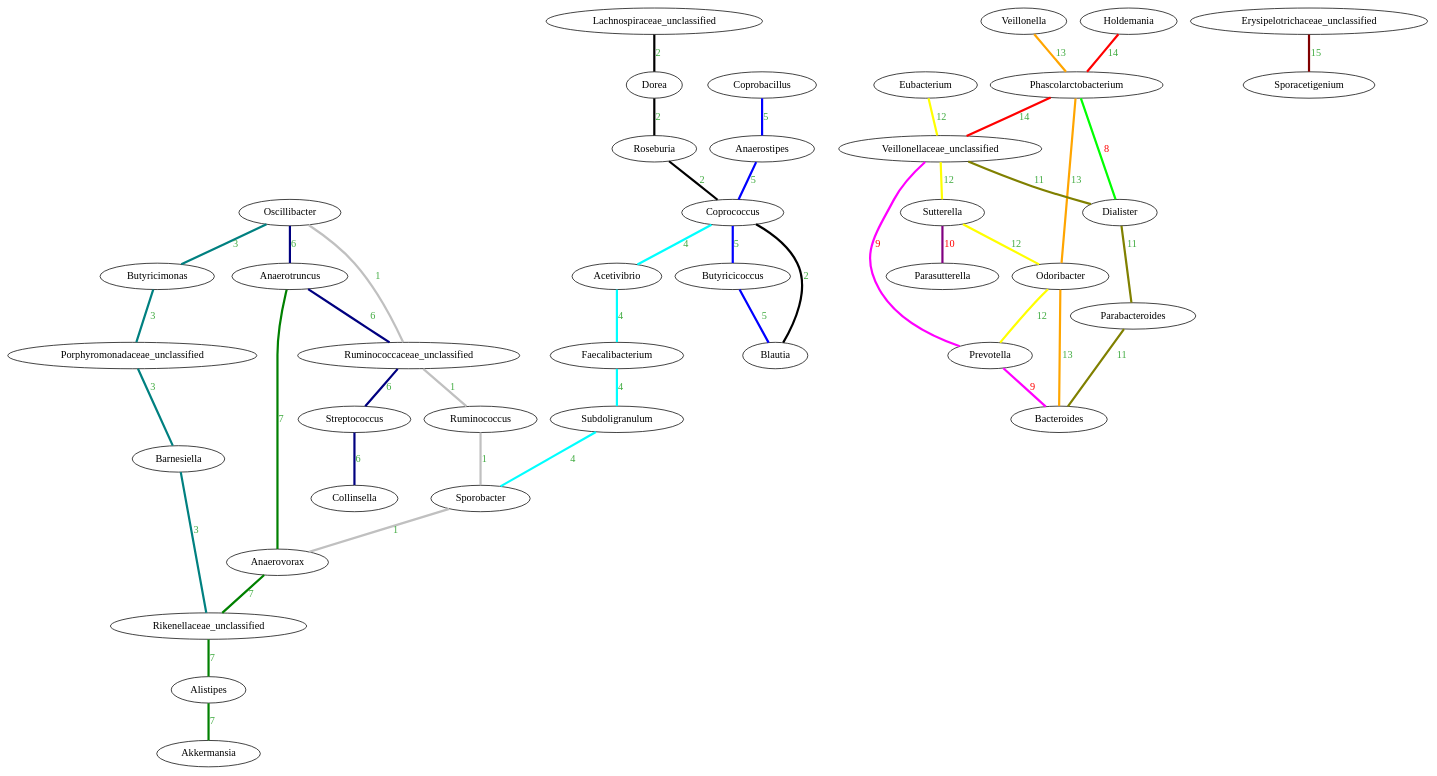
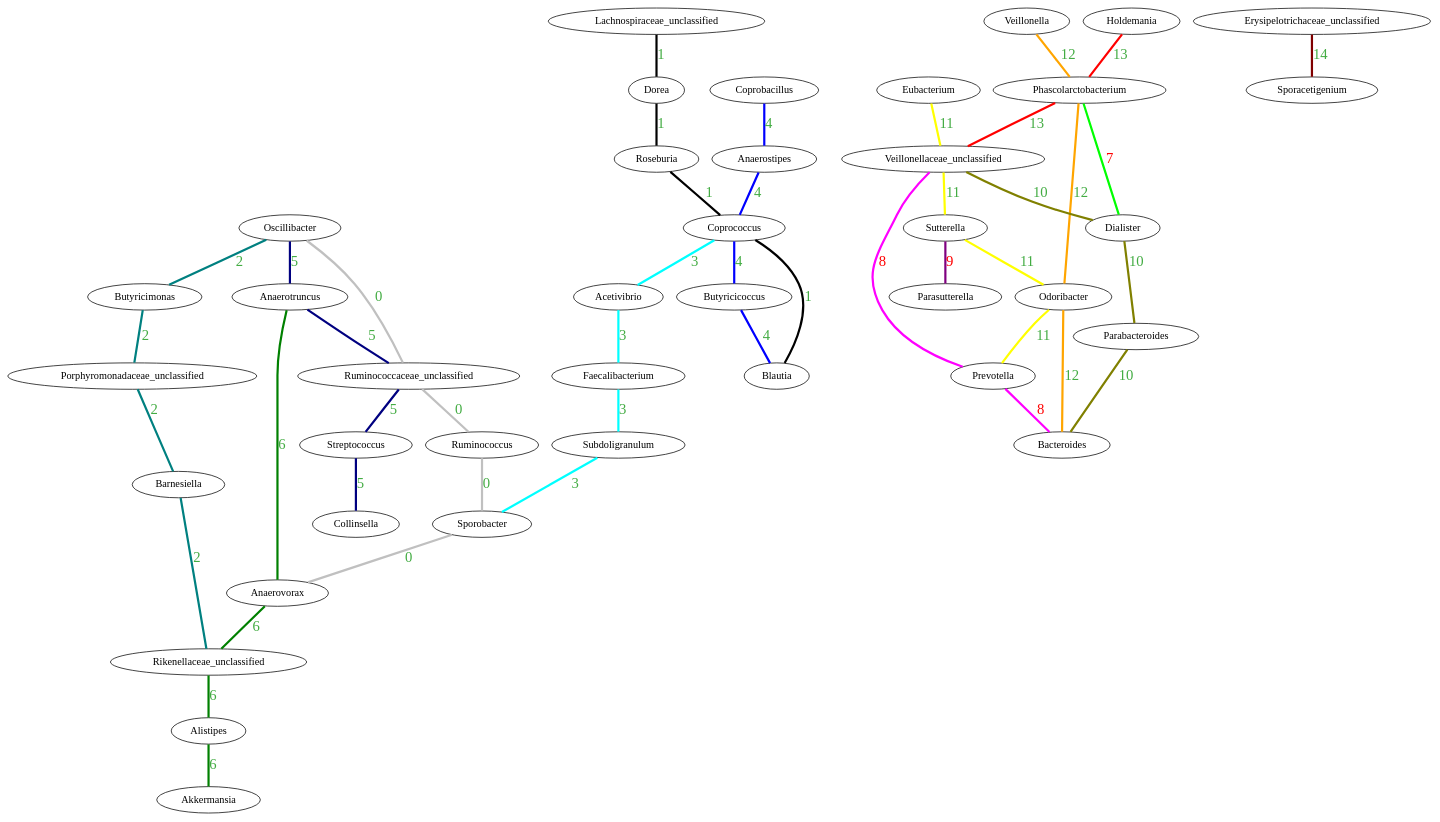
The diagram in experiments/backup/summary.dot (AndersHqst/thesis), drawn with Graphviz before and after one commit. The commit also changed 194 other files, not shown here.

```diff
--- a/experiments/backup/summary.dot
+++ b/experiments/backup/summary.dot
@@ -1,122 +1,122 @@
 graph G { 
 
 
 	//Pattern: 0
 	Oscillibacter
 	Ruminococcaceae_unclassified
 	Ruminococcus
 	Sporobacter
 	Anaerovorax
-	edge [color="#c0c0c0", penwidth=3, label="1", fontcolor="#43AC43"]
+	edge [color="#c0c0c0", penwidth=3, label="0", fontcolor="#43AC43" fontname="Helvetica bold" fontsize=20]
 	Oscillibacter -- Ruminococcaceae_unclassified -- Ruminococcus -- Sporobacter -- Anaerovorax
 
 	//Pattern: 1
 	Lachnospiraceae_unclassified
 	Dorea
 	Roseburia
 	Coprococcus
 	Blautia
-	edge [color="#000000", penwidth=3, label="2", fontcolor="#43AC43"]
+	edge [color="#000000", penwidth=3, label="1", fontcolor="#43AC43" fontname="Helvetica bold" fontsize=20]
 	Lachnospiraceae_unclassified -- Dorea -- Roseburia -- Coprococcus -- Blautia
 
 	//Pattern: 2
 	Oscillibacter
 	Butyricimonas
 	Porphyromonadaceae_unclassified
 	Barnesiella
 	Rikenellaceae_unclassified
-	edge [color="#008080", penwidth=3, label="3", fontcolor="#43AC43"]
+	edge [color="#008080", penwidth=3, label="2", fontcolor="#43AC43" fontname="Helvetica bold" fontsize=20]
 	Oscillibacter -- Butyricimonas -- Porphyromonadaceae_unclassified -- Barnesiella -- Rikenellaceae_unclassified
 
 	//Pattern: 3
 	Coprococcus
 	Acetivibrio
 	Faecalibacterium
 	Subdoligranulum
 	Sporobacter
-	edge [color="#00ffff", penwidth=3, label="4", fontcolor="#43AC43"]
+	edge [color="#00ffff", penwidth=3, label="3", fontcolor="#43AC43" fontname="Helvetica bold" fontsize=20]
 	Coprococcus -- Acetivibrio -- Faecalibacterium -- Subdoligranulum -- Sporobacter
 
 	//Pattern: 4
 	Coprobacillus
 	Anaerostipes
 	Coprococcus
 	Butyricicoccus
 	Blautia
-	edge [color="#0000ff", penwidth=3, label="5", fontcolor="#43AC43"]
+	edge [color="#0000ff", penwidth=3, label="4", fontcolor="#43AC43" fontname="Helvetica bold" fontsize=20]
 	Coprobacillus -- Anaerostipes -- Coprococcus -- Butyricicoccus -- Blautia
 
 	//Pattern: 5
 	Oscillibacter
 	Anaerotruncus
 	Ruminococcaceae_unclassified
 	Streptococcus
 	Collinsella
-	edge [color="#000080", penwidth=3, label="6", fontcolor="#43AC43"]
+	edge [color="#000080", penwidth=3, label="5", fontcolor="#43AC43" fontname="Helvetica bold" fontsize=20]
 	Oscillibacter -- Anaerotruncus -- Ruminococcaceae_unclassified -- Streptococcus -- Collinsella
 
 	//Pattern: 6
 	Anaerotruncus
 	Anaerovorax
 	Rikenellaceae_unclassified
 	Alistipes
 	Akkermansia
-	edge [color="#008000", penwidth=3, label="7", fontcolor="#43AC43"]
+	edge [color="#008000", penwidth=3, label="6", fontcolor="#43AC43" fontname="Helvetica bold" fontsize=20]
 	Anaerotruncus -- Anaerovorax -- Rikenellaceae_unclassified -- Alistipes -- Akkermansia
 
 	//Pattern: 7
 	Phascolarctobacterium
 	Dialister
-	edge [color="#00ff00", penwidth=3, label="8", fontcolor="red"]
+	edge [color="#00ff00", penwidth=3, label="7", fontcolor="red" fontname="Helvetica bold" fontsize=20]
 	Phascolarctobacterium -- Dialister
 
 	//Pattern: 8
 	Veillonellaceae_unclassified
 	Prevotella
 	Bacteroides
-	edge [color="#ff00ff", penwidth=3, label="9", fontcolor="red"]
+	edge [color="#ff00ff", penwidth=3, label="8", fontcolor="red" fontname="Helvetica bold" fontsize=20]
 	Veillonellaceae_unclassified -- Prevotella -- Bacteroides
 
 	//Pattern: 9
 	Sutterella
 	Parasutterella
-	edge [color="#800080", penwidth=3, label="10", fontcolor="red"]
+	edge [color="#800080", penwidth=3, label="9", fontcolor="red" fontname="Helvetica bold" fontsize=20]
 	Sutterella -- Parasutterella
 
 	//Pattern: 10
 	Veillonellaceae_unclassified
 	Dialister
 	Parabacteroides
 	Bacteroides
-	edge [color="#808000", penwidth=3, label="11", fontcolor="#43AC43"]
+	edge [color="#808000", penwidth=3, label="10", fontcolor="#43AC43" fontname="Helvetica bold" fontsize=20]
 	Veillonellaceae_unclassified -- Dialister -- Parabacteroides -- Bacteroides
 
 	//Pattern: 11
 	Eubacterium
 	Veillonellaceae_unclassified
 	Sutterella
 	Odoribacter
 	Prevotella
-	edge [color="#ffff00", penwidth=3, label="12", fontcolor="#43AC43"]
+	edge [color="#ffff00", penwidth=3, label="11", fontcolor="#43AC43" fontname="Helvetica bold" fontsize=20]
 	Eubacterium -- Veillonellaceae_unclassified -- Sutterella -- Odoribacter -- Prevotella
 
 	//Pattern: 12
 	Veillonella
 	Phascolarctobacterium
 	Odoribacter
 	Bacteroides
-	edge [color="#ffA500", penwidth=3, label="13", fontcolor="#43AC43"]
+	edge [color="#ffA500", penwidth=3, label="12", fontcolor="#43AC43" fontname="Helvetica bold" fontsize=20]
 	Veillonella -- Phascolarctobacterium -- Odoribacter -- Bacteroides
 
 	//Pattern: 13
 	Holdemania
 	Phascolarctobacterium
 	Veillonellaceae_unclassified
-	edge [color="#ff0000", penwidth=3, label="14", fontcolor="#43AC43"]
+	edge [color="#ff0000", penwidth=3, label="13", fontcolor="#43AC43" fontname="Helvetica bold" fontsize=20]
 	Holdemania -- Phascolarctobacterium -- Veillonellaceae_unclassified
 
 	//Pattern: 14
 	Erysipelotrichaceae_unclassified
 	Sporacetigenium
-	edge [color="#800000", penwidth=3, label="15", fontcolor="#43AC43"]
+	edge [color="#800000", penwidth=3, label="14", fontcolor="#43AC43" fontname="Helvetica bold" fontsize=20]
 	Erysipelotrichaceae_unclassified -- Sporacetigenium}
```
